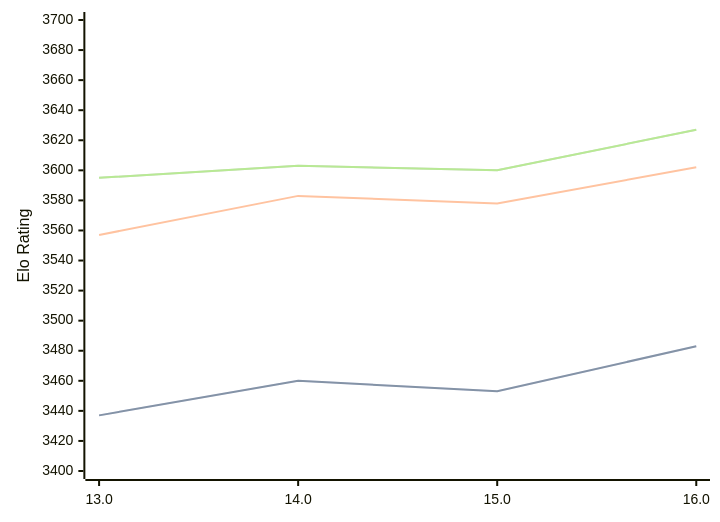
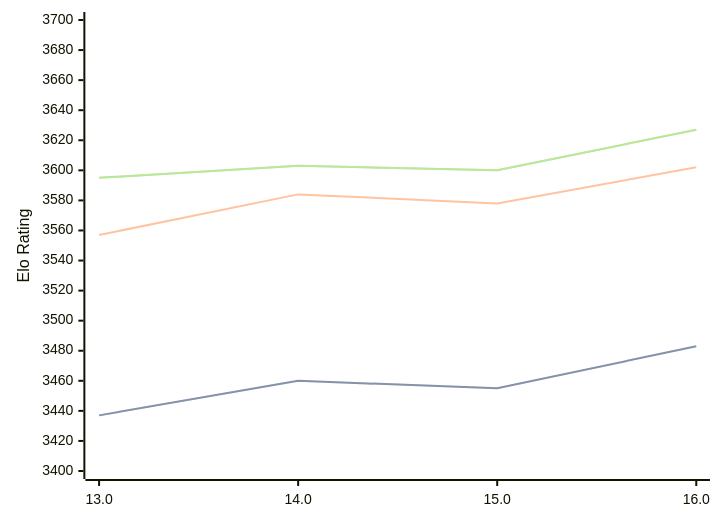
Before and after one commit to computer-chess-index/cci: the diagram in engines/Obsidian.md, drawn with Mermaid. The commit also changed other lines of this file, not shown here.

````diff
--- a/engines/Obsidian.md
+++ b/engines/Obsidian.md
@@ -43,11 +43,11 @@
 ```mermaid
 %%{init: {"theme":"base","themeVariables":{"seriesColors:['#a3a3a3','#222221','#faa371']}}}%%
 xychart-beta
   x-axis ["13.0", "14.0", "15.0", "16.0"]
   y-axis "Elo Rating" 3400 --> 3700
-  line "STC (8.0+0.08s)" [3437, 3460, 3453, 3483]
-  line "STC (8.0+0.08s)" [3437, 3460, 3453, 3483]
-  line "LTC (60.0+0.60s)" [3557, 3583, 3578, 3602]
+  line "STC (8.0+0.08s)" [3437, 3460, 3455, 3483]
+  line "STC (8.0+0.08s)" [3437, 3460, 3455, 3483]
+  line "LTC (60.0+0.60s)" [3557, 3584, 3578, 3602]
   line "VLTC (2m24s+1.12s)" [3595, 3603, 3600, 3627]
   line "VLTC (2m24s+1.12s)" [3595, 3603, 3600, 3627]
 ```
````
